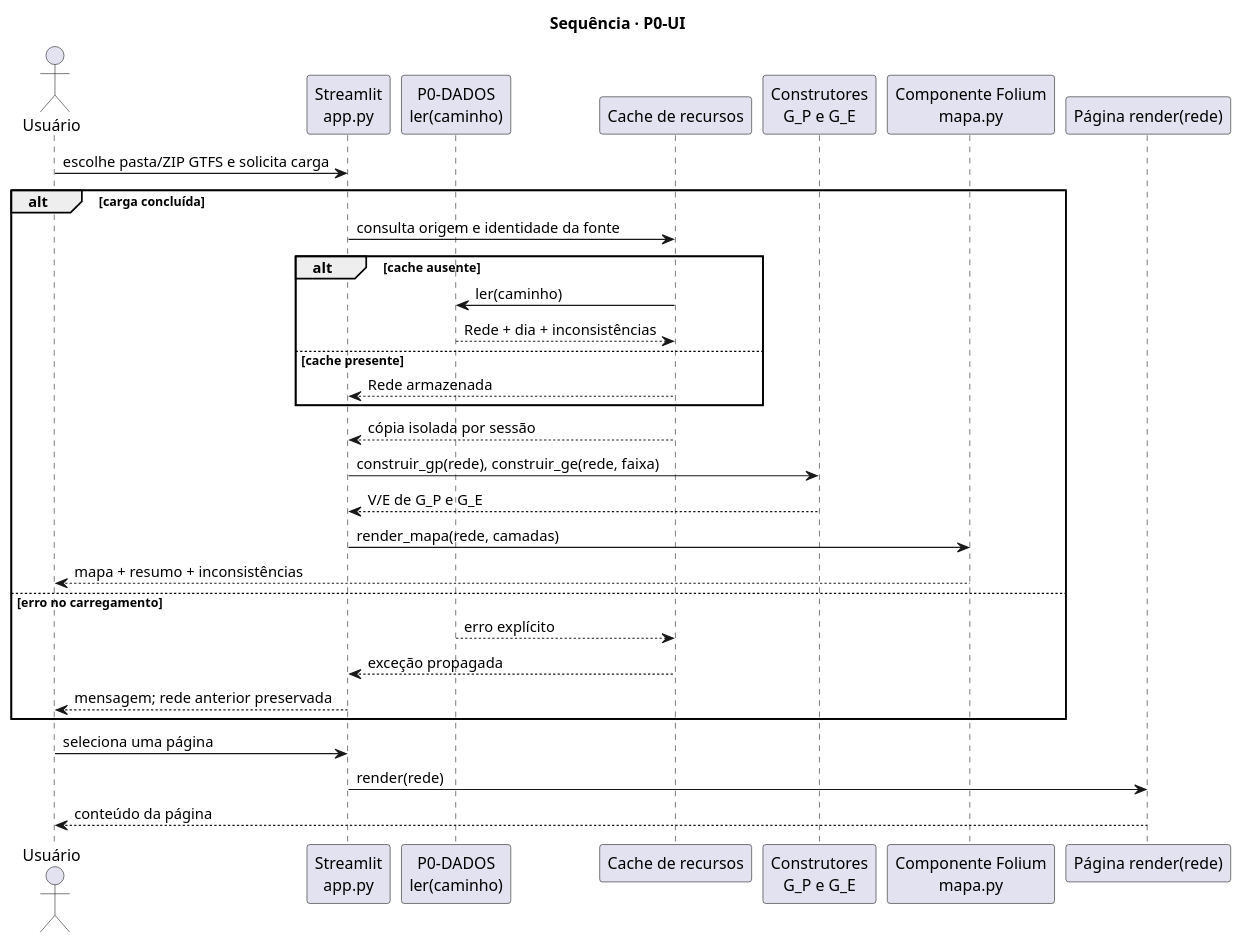
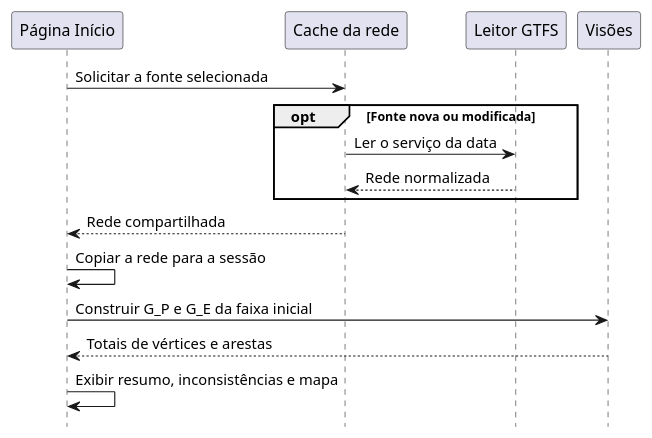
The diagram in docs/diagramas/sequencia-p0-ui.puml (henriquegdc/grafos-transporte-bh), drawn with PlantUML before and after one commit. The commit also changed 13 other files, not shown here.

Commit message:
docs(ENT-GUIA): fecha documentação e mede a preparação da página Início

```diff
--- a/docs/diagramas/sequencia-p0-ui.puml
+++ b/docs/diagramas/sequencia-p0-ui.puml
@@ -1,36 +1,18 @@
 @startuml sequencia-p0-ui
-' Sequência da aplicação e dos pontos de integração de P0-UI.
-!pragma layout smetana
-title Sequência · P0-UI
+hide footbox
+participant "Página Início" as UI
+participant "Cache da rede" as Cache
+participant "Leitor GTFS" as Leitor
+participant "Visões" as Visoes
 
-actor "Usuário" as Usuario
-participant "Streamlit\napp.py" as App
-participant "P0-DADOS\nler(caminho)" as Dados
-participant "Cache de recursos" as Cache
-participant "Construtores\nG_P e G_E" as Modelo
-participant "Componente Folium\nmapa.py" as Mapa
-participant "Página render(rede)" as Pagina
-
-Usuario -> App: escolhe pasta/ZIP GTFS e solicita carga
-alt carga concluída
-  App -> Cache: consulta origem e identidade da fonte
-  alt cache ausente
-    Cache -> Dados: ler(caminho)
-    Dados --> Cache: Rede + dia + inconsistências
-  else cache presente
-    Cache --> App: Rede armazenada
-  end
-  Cache --> App: cópia isolada por sessão
-  App -> Modelo: construir_gp(rede), construir_ge(rede, faixa)
-  Modelo --> App: V/E de G_P e G_E
-  App -> Mapa: render_mapa(rede, camadas)
-  Mapa --> Usuario: mapa + resumo + inconsistências
-else erro no carregamento
-  Dados --> Cache: erro explícito
-  Cache --> App: exceção propagada
-  App --> Usuario: mensagem; rede anterior preservada
+UI -> Cache: Solicitar a fonte selecionada
+opt Fonte nova ou modificada
+  Cache -> Leitor: Ler o serviço da data
+  Leitor --> Cache: Rede normalizada
 end
-Usuario -> App: seleciona uma página
-App -> Pagina: render(rede)
-Pagina --> Usuario: conteúdo da página
+Cache --> UI: Rede compartilhada
+UI -> UI: Copiar a rede para a sessão
+UI -> Visoes: Construir G_P e G_E da faixa inicial
+Visoes --> UI: Totais de vértices e arestas
+UI -> UI: Exibir resumo, inconsistências e mapa
 @enduml
```
